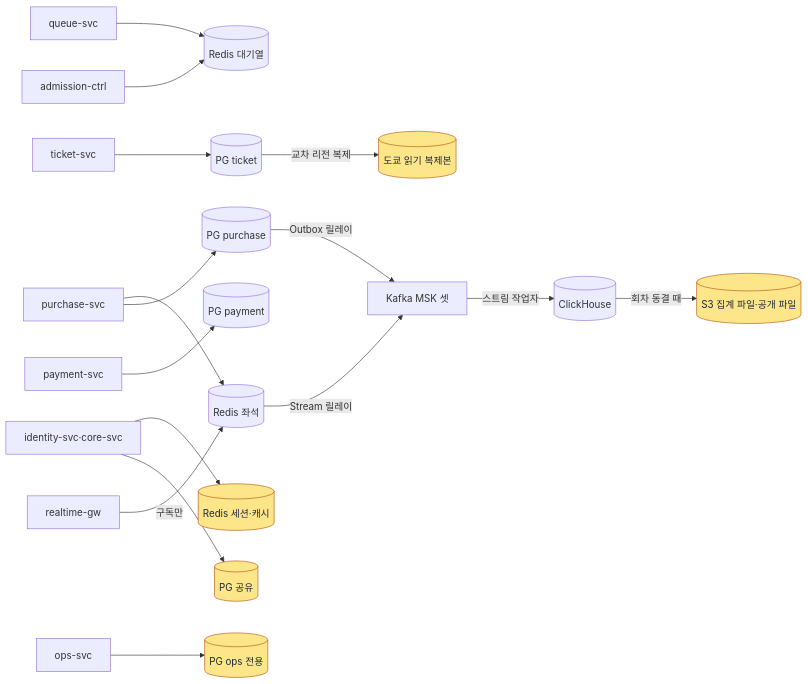
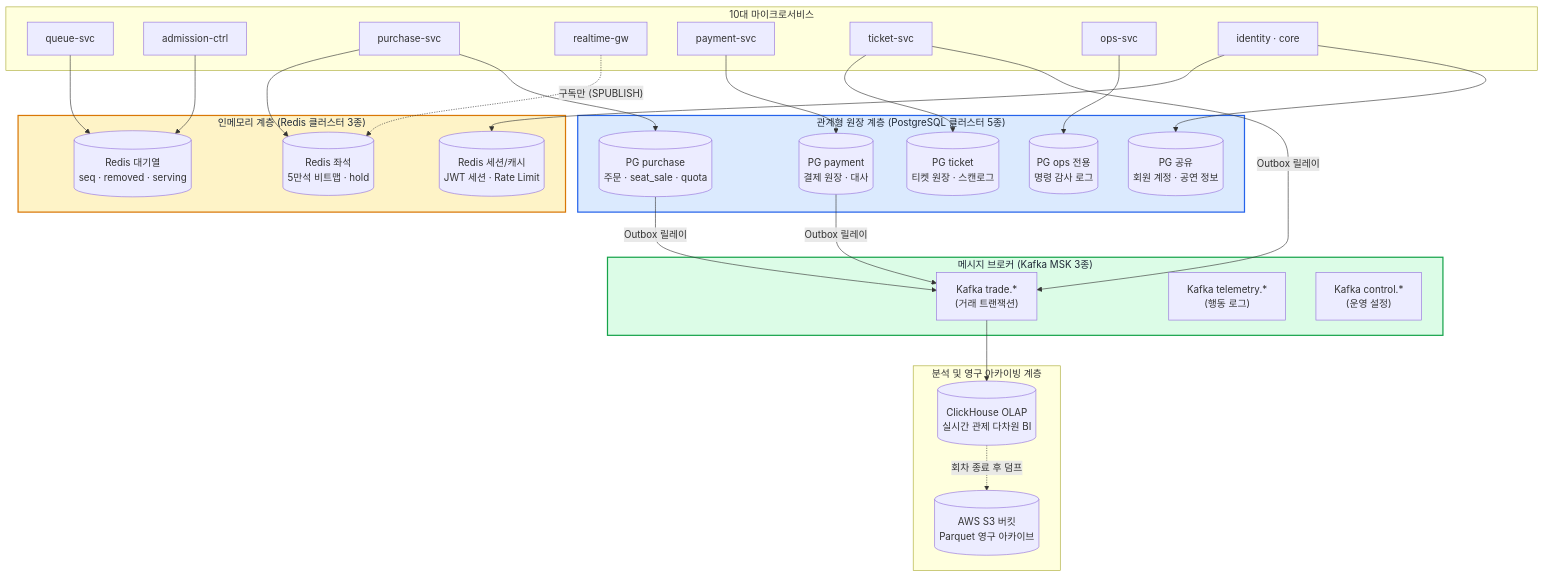
Before and after one commit to peaket/peaket: diagram 15 of 18 in docs/walkthrough/01-system-design.md, drawn with Mermaid. The commit also changed other lines of this file and 77 other files, not shown here.

````diff
--- a/docs/walkthrough/01-system-design.md
+++ b/docs/walkthrough/01-system-design.md
@@ -1254,39 +1938,64 @@
 ```mermaid
-flowchart LR
-    qsvc["queue-svc"]
-    adm["admission-ctrl"]
-    pur["purchase-svc"]
-    rgw["realtime-gw"]
-    pay["payment-svc"]
-    tkt["ticket-svc"]
-    opsv["ops-svc"]
-    idcore["identity-svc·core-svc"]
-    rq[("Redis 대기열")]
-    rs[("Redis 좌석")]
-    rc[("Redis 세션·캐시")]:::new
-    pgp[("PG purchase")]
-    pgy[("PG payment")]
-    pgt[("PG ticket")]
-    tokyo[("도쿄 읽기 복제본")]:::new
-    pgo[("PG ops 전용")]:::new
-    pgs[("PG 공유")]:::new
-    kafka["Kafka MSK 셋"]
-    ch[("ClickHouse")]
-    s3[("S3 집계 파일·공개 파일")]:::new
+flowchart TD
+    subgraph Microservices["10대 마이크로서비스"]
+        qsvc["queue-svc"]
+        adm["admission-ctrl"]
+        pur["purchase-svc"]
+        rgw["realtime-gw"]
+        pay["payment-svc"]
+        tkt["ticket-svc"]
+        opsv["ops-svc"]
+        shared["identity · core"]
+    end
+
+    subgraph MemoryTier["인메모리 계층 (Redis 클러스터 3종)"]
+        rq[("Redis 대기열<br/>seq · removed · serving")]
+        rs[("Redis 좌석<br/>5만석 비트맵 · hold")]
+        rc[("Redis 세션/캐시<br/>JWT 세션 · Rate Limit")]
+    end
+
+    subgraph EventTier["메시지 브로커 (Kafka MSK 3종)"]
+        kTrade["Kafka trade.*<br/>(거래 트랜잭션)"]
+        kTelem["Kafka telemetry.*<br/>(행동 로그)"]
+        kCtrl["Kafka control.*<br/>(운영 설정)"]
+    end
+
+    subgraph RDBMSTier["관계형 원장 계층 (PostgreSQL 클러스터 5종)"]
+        pgp[("PG purchase<br/>주문 · seat_sale · quota")]
+        pgy[("PG payment<br/>결제 원장 · 대사")]
+        pgt[("PG ticket<br/>티켓 원장 · 스캔로그")]
+        pgo[("PG ops 전용<br/>명령 감사 로그")]
+        pgs[("PG 공유<br/>회원 계정 · 공연 정보")]
+    end
+
+    subgraph AnalyticsTier["분석 및 영구 아카이빙 계층"]
+        ch[("ClickHouse OLAP<br/>실시간 관제 다차원 BI")]
+        s3[("AWS S3 버킷<br/>Parquet 영구 아카이브")]
+    end
+
     qsvc --> rq
     adm --> rq
     pur --> rs
-    rgw -->|"구독만"| rs
-    idcore --> rc
+    rgw -.->|"구독만 (SPUBLISH)"| rs
+    shared --> rc
+
     pur --> pgp
     pay --> pgy
     tkt --> pgt
-    pgt -->|"교차 리전 복제"| tokyo
     opsv --> pgo
-    idcore --> pgs
-    pgp -->|"Outbox 릴레이"| kafka
-    rs -->|"Stream 릴레이"| kafka
-    kafka -->|"스트림 작업자"| ch
-    ch -->|"회차 동결 때"| s3
-    classDef new fill:#fde68a,stroke:#b45309,color:#1f2937
+    shared --> pgs
+
+    pgp -->|"Outbox 릴레이"| kTrade
+    pgy -->|"Outbox 릴레이"| kTrade
+    tkt -->|"Outbox 릴레이"| kTrade
+
+    kTrade --> ch
+    ch -.->|"회차 종료 후 덤프"| s3
+
+    classDef mem fill:#fef3c7,stroke:#d97706,stroke-width:2px,color:#1f2937
+    classDef rdb fill:#dbeafe,stroke:#2563eb,stroke-width:2px,color:#1f2937
+    classDef evt fill:#dcfce7,stroke:#16a34a,stroke-width:2px,color:#1f2937
+    class MemoryTier mem
+    class RDBMSTier rdb
+    class EventTier evt
 ```
````
